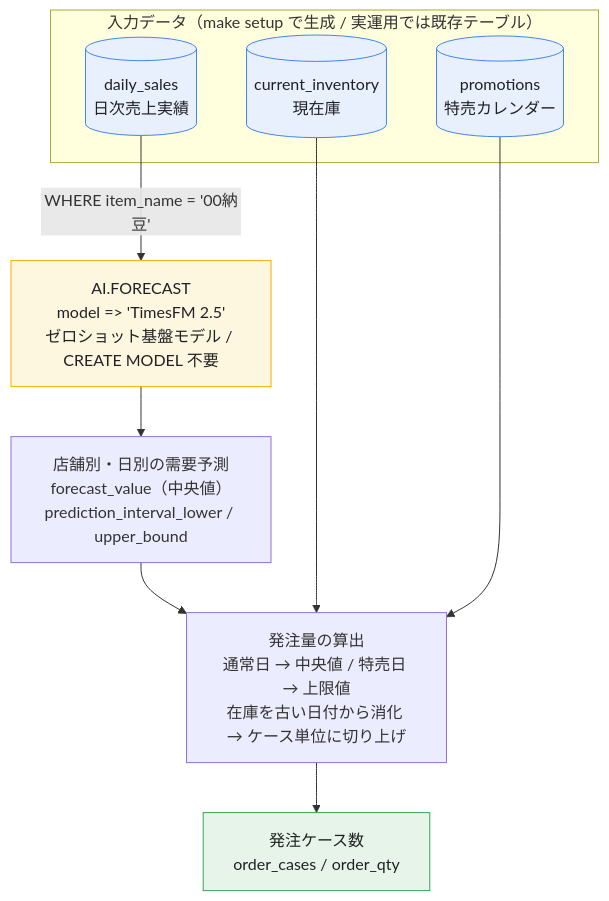
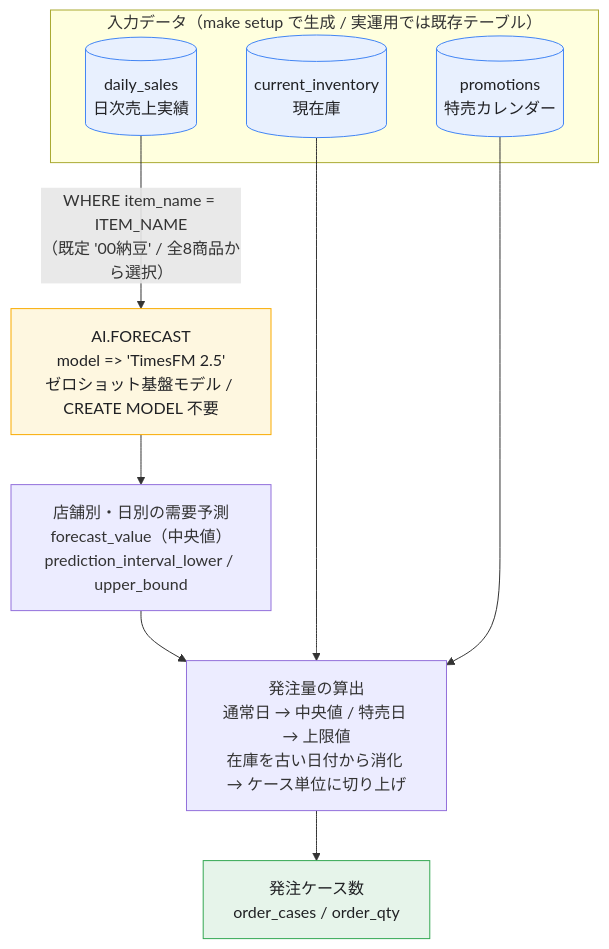
Before and after one commit to shin5ok/bq-forecast-timesfm: the first of 6 diagrams in README.md, drawn with Mermaid. The commit also changed other lines of this file and 3 other files, not shown here.

````diff
--- a/README.md
+++ b/README.md
@@ -10,27 +14,27 @@
 ```mermaid
 flowchart TD
     subgraph SRC["入力データ（make setup で生成 / 実運用では既存テーブル）"]
         SALES[("daily_sales<br/>日次売上実績")]
         INV[("current_inventory<br/>現在庫")]
         PROMO[("promotions<br/>特売カレンダー")]
     end
 
-    SALES -->|"WHERE item_name = '00納豆'"| FC
+    SALES -->|"WHERE item_name = ITEM_NAME<br/>（既定 '00納豆' / 全8商品から選択）"| FC
 
     FC["AI.FORECAST<br/>model => 'TimesFM 2.5'<br/>ゼロショット基盤モデル / CREATE MODEL 不要"]
     FC --> PRED["店舗別・日別の需要予測<br/>forecast_value（中央値）<br/>prediction_interval_lower / upper_bound"]
 
     PRED --> PLAN
     INV --> PLAN
     PROMO --> PLAN
 
     PLAN["発注量の算出<br/>通常日 → 中央値 / 特売日 → 上限値<br/>在庫を古い日付から消化 → ケース単位に切り上げ"]
     PLAN --> OUT["発注ケース数<br/>order_cases / order_qty"]
 
     classDef table fill:#e8f0fe,stroke:#4285f4,color:#202124
     classDef ai fill:#fef7e0,stroke:#f9ab00,color:#202124
     classDef out fill:#e6f4ea,stroke:#34a853,color:#202124
     class SALES,INV,PROMO table
     class FC ai
     class OUT out
 ```
````
